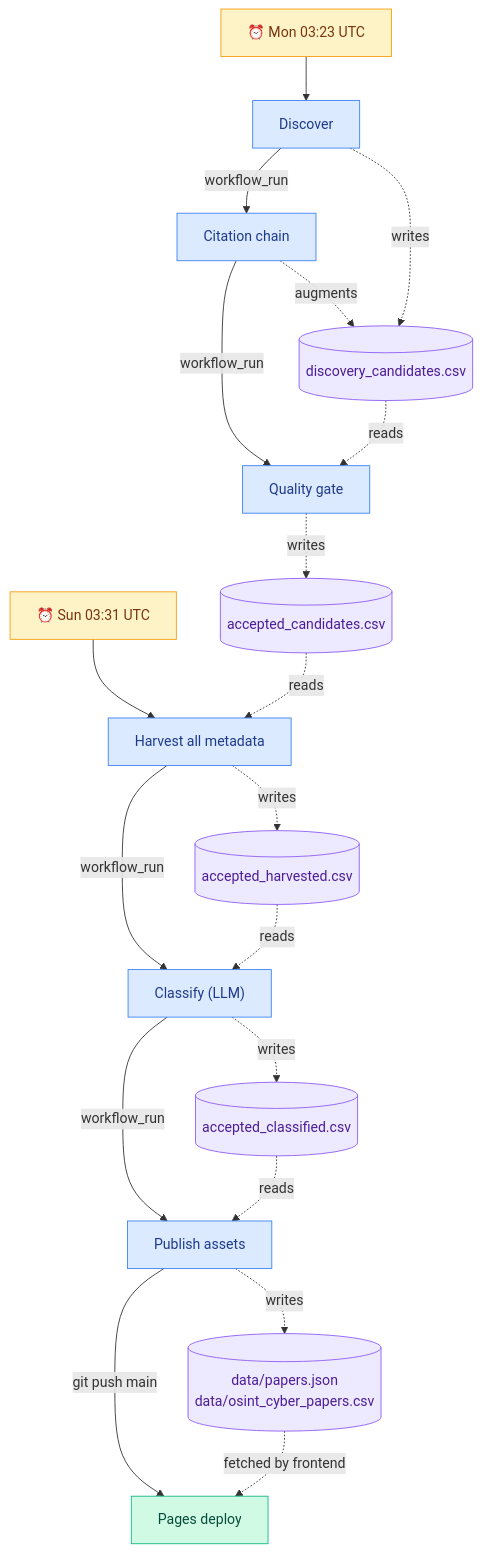
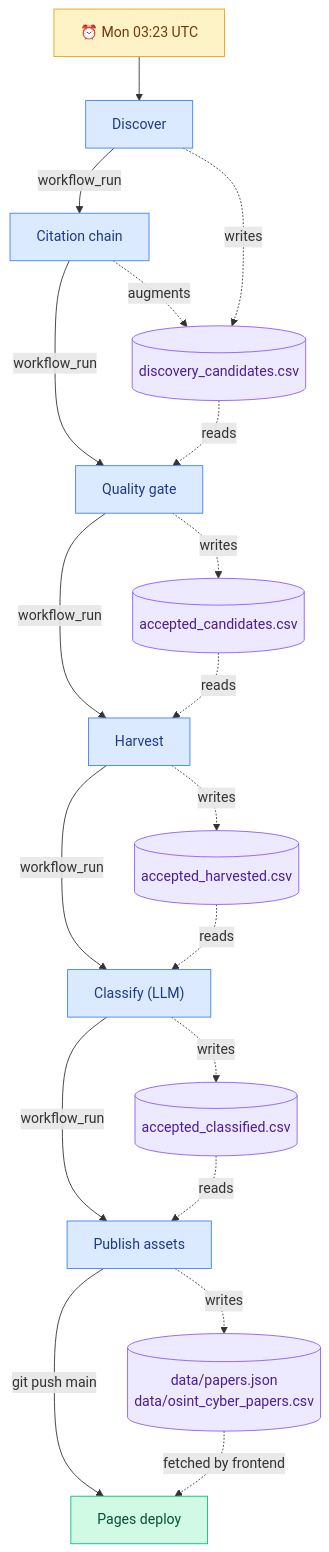
The diagram in README.md (RISEInfoSec/Alex), drawn with Mermaid before and after one commit. The commit also changed other lines of this file and 3 other files, not shown here.

````diff
--- a/README.md
+++ b/README.md
@@ -175,45 +174,44 @@
 ```mermaid
 flowchart TB
     classDef cron fill:#fef3c7,stroke:#f59e0b,color:#78350f
     classDef wf fill:#dbeafe,stroke:#3b82f6,color:#1e3a8a
     classDef data fill:#ede9fe,stroke:#8b5cf6,color:#4c1d95
     classDef deploy fill:#d1fae5,stroke:#10b981,color:#064e3b
 
     cronMon["⏰ Mon 03:23 UTC"]:::cron
-    cronSun["⏰ Sun 03:31 UTC"]:::cron
 
     discover["Discover"]:::wf
     citation["Citation chain"]:::wf
     quality["Quality gate"]:::wf
-    harvest["Harvest all metadata"]:::wf
+    harvest["Harvest"]:::wf
     classify["Classify (LLM)"]:::wf
     publish["Publish assets"]:::wf
     pages["Pages deploy"]:::deploy
 
     dc[("discovery_candidates.csv")]:::data
     ac[("accepted_candidates.csv")]:::data
     ah[("accepted_harvested.csv")]:::data
     acl[("accepted_classified.csv")]:::data
     site[("data/papers.json<br/>data/osint_cyber_papers.csv")]:::data
 
     cronMon --> discover
-    cronSun --> harvest
 
     discover -- workflow_run --> citation
     citation -- workflow_run --> quality
+    quality -- workflow_run --> harvest
     harvest -- workflow_run --> classify
     classify -- workflow_run --> publish
     publish -- "git push main" --> pages
 
     discover -.writes.-> dc
     citation -.augments.-> dc
     dc -.reads.-> quality
     quality -.writes.-> ac
     ac -.reads.-> harvest
     harvest -.writes.-> ah
     ah -.reads.-> classify
     classify -.writes.-> acl
     acl -.reads.-> publish
     publish -.writes.-> site
     site -.fetched by frontend.-> pages
 ```
````
